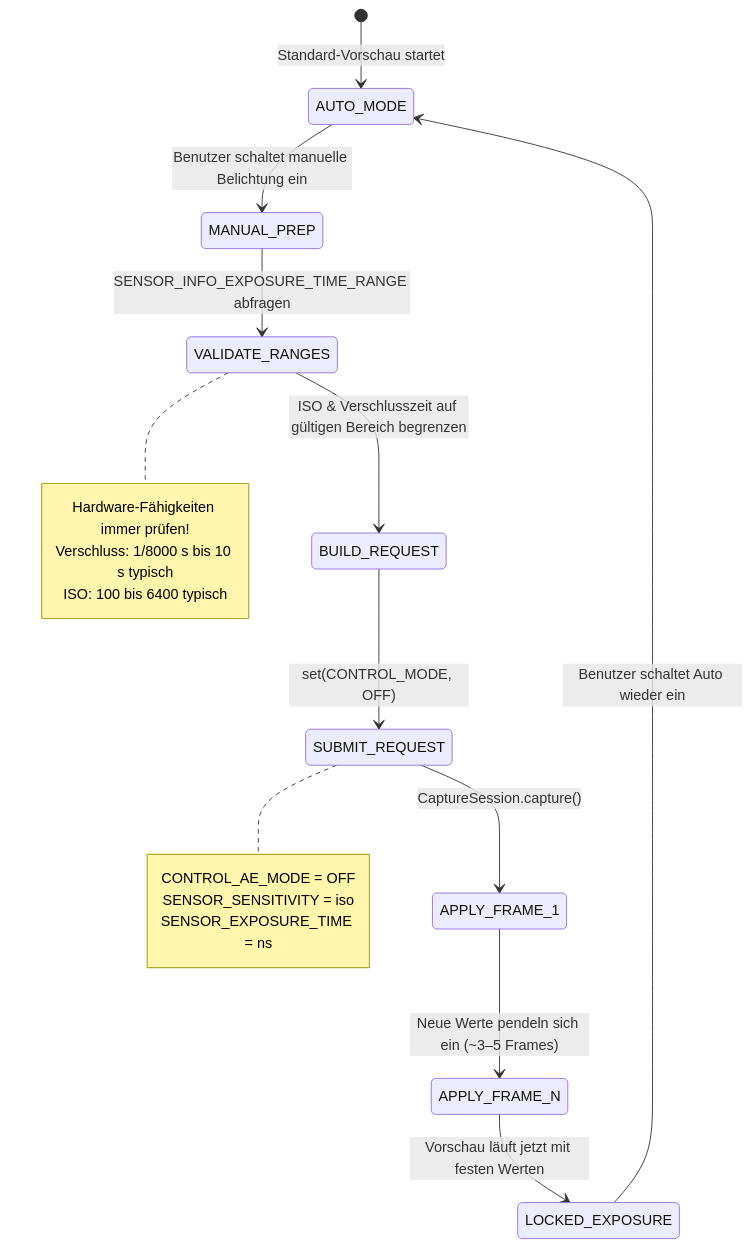
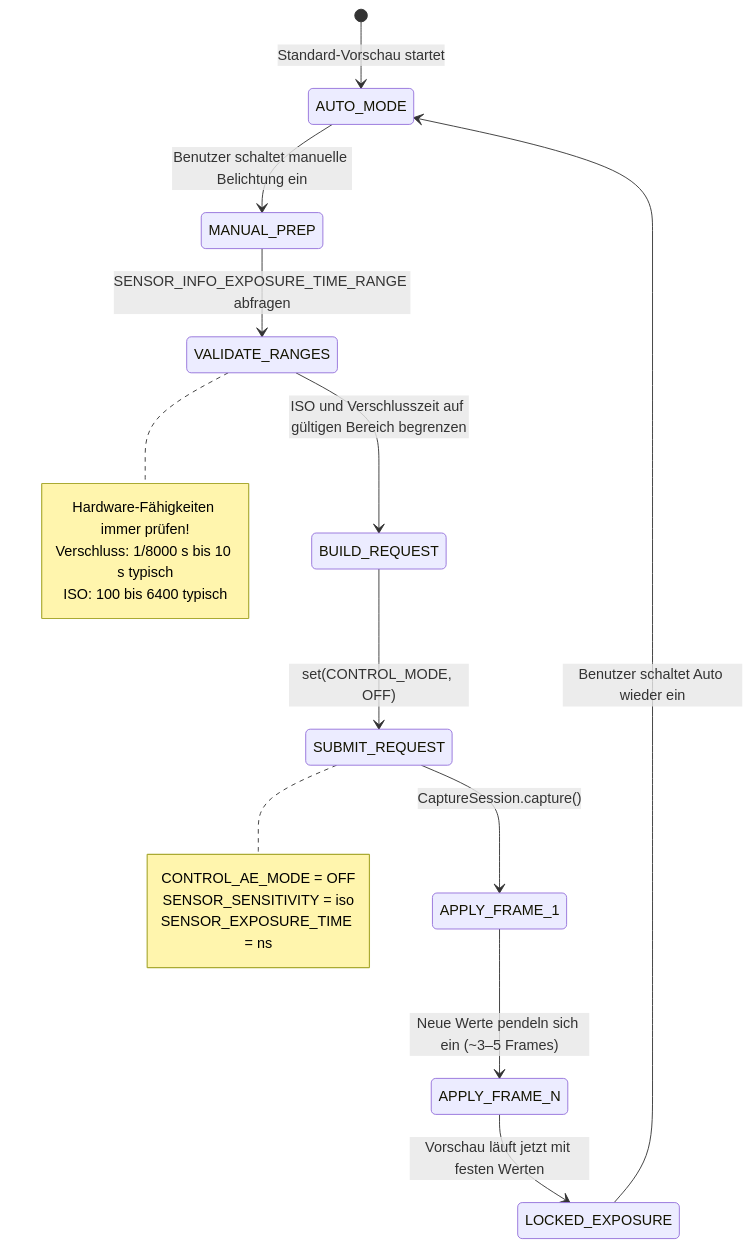
The diagram in website/i18n/de/docusaurus-plugin-content-docs/current/camera2/manual-exposure-in-camera2.md (zoozooll/AndroidCameraParameters), drawn with Mermaid before and after one commit. The commit also changed 77 other files, not shown here.

First line of the commit message:
docs: standardize Mermaid syntax and polish 3A pipeline translations

````diff
--- a/website/i18n/de/docusaurus-plugin-content-docs/current/camera2/manual-exposure-in-camera2.md
+++ b/website/i18n/de/docusaurus-plugin-content-docs/current/camera2/manual-exposure-in-camera2.md
@@ -29,22 +29,22 @@
 ```mermaid
 stateDiagram-v2
     [*] --> AUTO_MODE: Standard-Vorschau startet
     AUTO_MODE --> MANUAL_PREP: Benutzer schaltet manuelle Belichtung ein
     MANUAL_PREP --> VALIDATE_RANGES: SENSOR_INFO_EXPOSURE_TIME_RANGE abfragen
-    VALIDATE_RANGES --> BUILD_REQUEST: ISO & Verschlusszeit auf gültigen Bereich begrenzen
+    VALIDATE_RANGES --> BUILD_REQUEST: ISO und Verschlusszeit auf gültigen Bereich begrenzen
     BUILD_REQUEST --> SUBMIT_REQUEST: set(CONTROL_MODE, OFF)
     SUBMIT_REQUEST --> APPLY_FRAME_1: CaptureSession.capture()
     APPLY_FRAME_1 --> APPLY_FRAME_N: Neue Werte pendeln sich ein (~3–5 Frames)
     APPLY_FRAME_N --> LOCKED_EXPOSURE: Vorschau läuft jetzt mit festen Werten
     LOCKED_EXPOSURE --> AUTO_MODE: Benutzer schaltet Auto wieder ein
     note right of VALIDATE_RANGES
         Hardware-Fähigkeiten immer prüfen!
         Verschluss: 1/8000 s bis 10 s typisch
         ISO: 100 bis 6400 typisch
     end note
     note right of SUBMIT_REQUEST
         CONTROL_AE_MODE = OFF
         SENSOR_SENSITIVITY = iso
         SENSOR_EXPOSURE_TIME = ns
     end note
 ```
````
